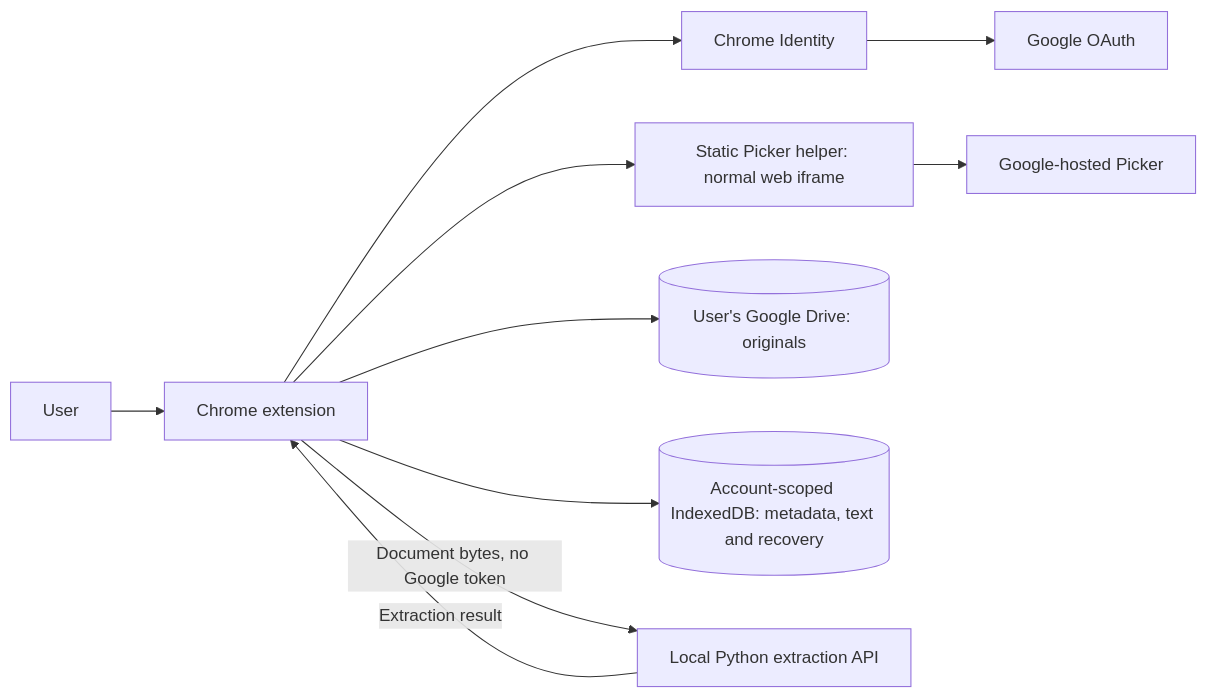
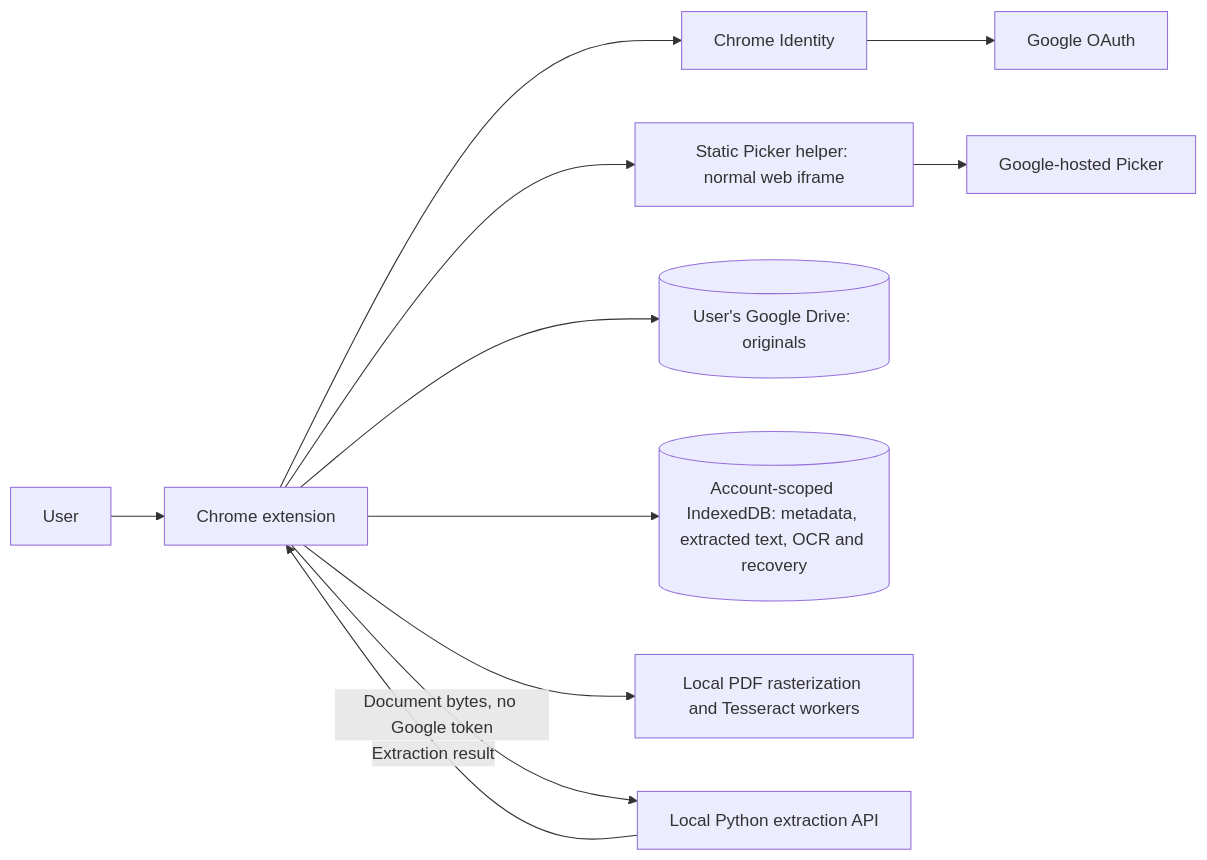
Before and after one commit to SiddharthaGanguli/multimodal-smart-file-organizer: the diagram in docs/architecture.md, drawn with Mermaid. The commit also changed other lines of this file and 243 other files, not shown here.

Commit message:
feat: add local OCR for images and scanned PDFs (#4)

````diff
--- a/docs/architecture.md
+++ b/docs/architecture.md
@@ -12,12 +12,13 @@
 ```mermaid
 flowchart LR
     U[User] --> E[Chrome extension]
     E --> I[Chrome Identity]
     I --> G[Google OAuth]
     E --> P[Static Picker helper: normal web iframe]
     P --> GP[Google-hosted Picker]
     E --> D[(User's Google Drive: originals)]
-    E --> M[(Account-scoped IndexedDB: metadata, text and recovery)]
+    E --> M[(Account-scoped IndexedDB: metadata, extracted text, OCR and recovery)]
+    E --> O[Local PDF rasterization and Tesseract workers]
     E -->|Document bytes, no Google token| A[Local Python extraction API]
     A -->|Extraction result| E
 ```
````
